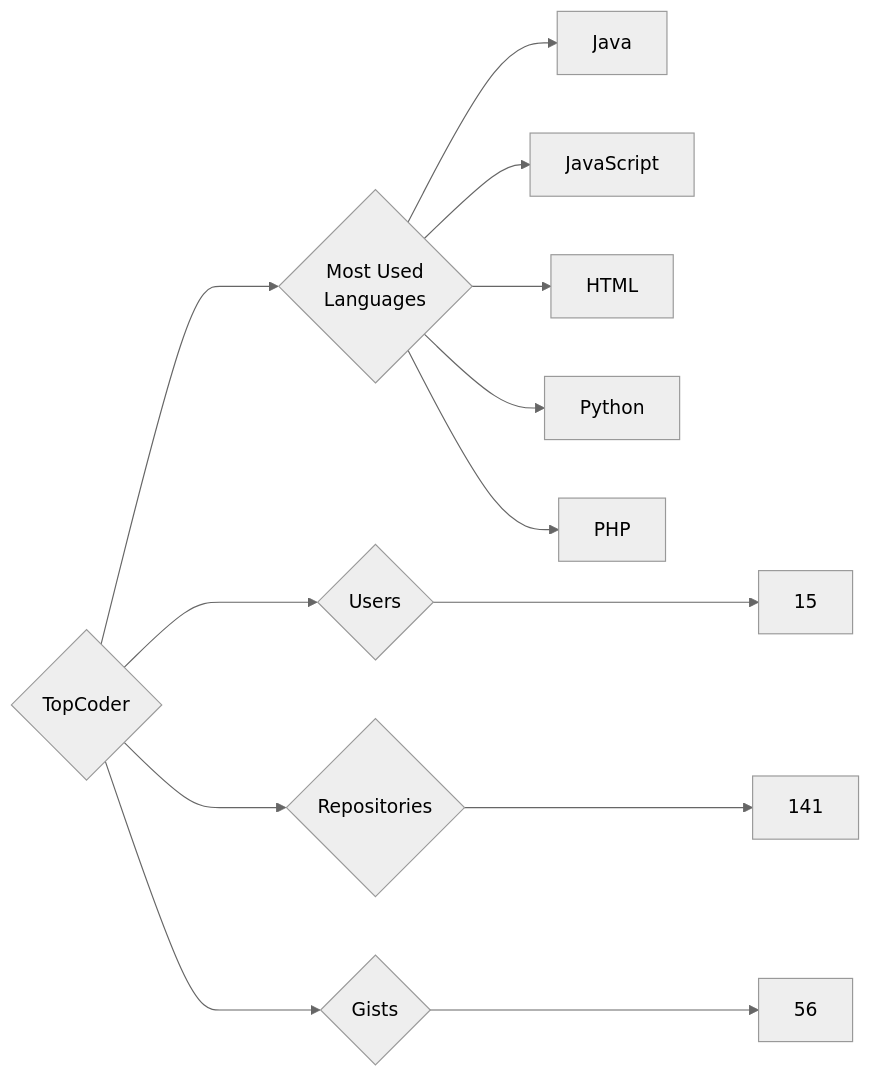
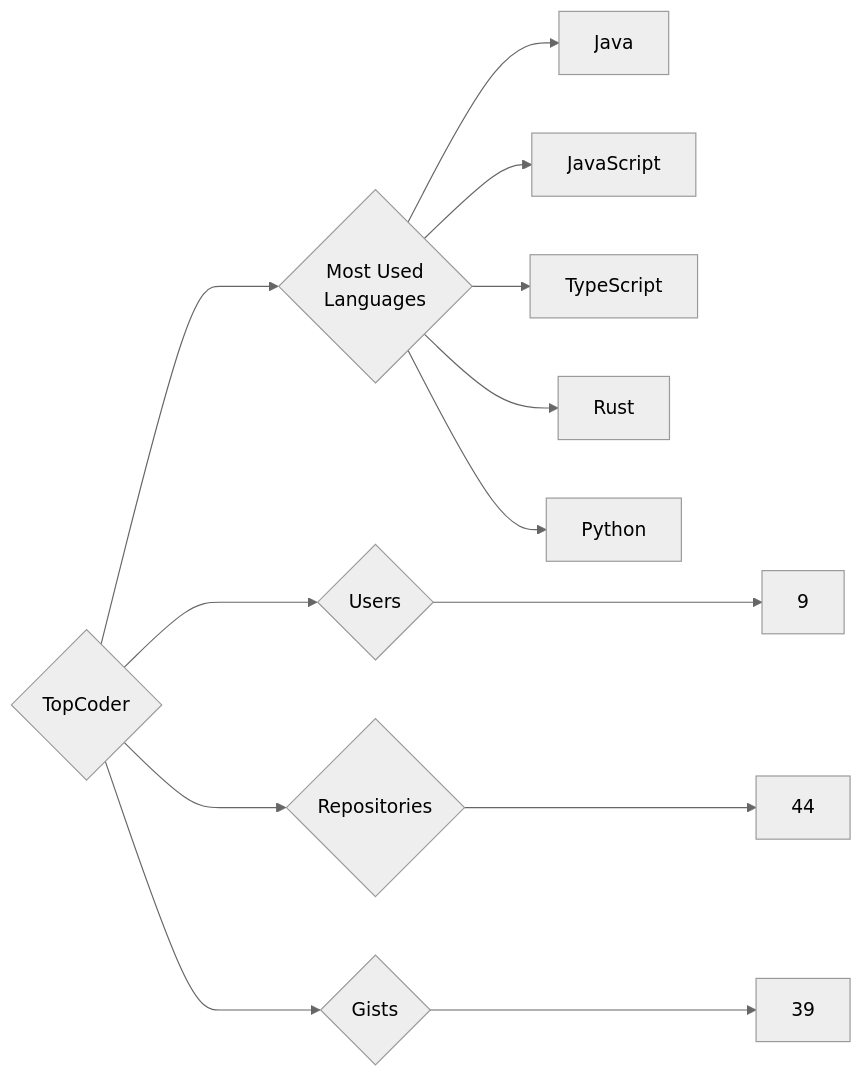
One commit to trickest/insiders changed the diagram in targets/TopCoder/README.md. Above: the diagram before and after it, drawn with Mermaid (neutral theme). The commit also changed 920 other files, not shown here.

````diff
--- a/targets/TopCoder/README.md
+++ b/targets/TopCoder/README.md
@@ -3,13 +3,13 @@
 ```mermaid
 graph LR
 COMPANY_NAME{TopCoder}
-COMPANY_NAME ---> U{Users} ---> UN[15]
-COMPANY_NAME ---> R{Repositories} ---> RN[141]
-COMPANY_NAME ---> G{Gists} ---> GN[56]
+COMPANY_NAME ---> U{Users} ---> UN[9]
+COMPANY_NAME ---> R{Repositories} ---> RN[44]
+COMPANY_NAME ---> G{Gists} ---> GN[39]
 COMPANY_NAME ---> ML{Most Used<br>Languages}
 ML --> Java[Java]
 ML --> JavaScript[JavaScript]
-ML --> HTML[HTML]
+ML --> TypeScript[TypeScript]
+ML --> Rust[Rust]
 ML --> Python[Python]
-ML --> PHP[PHP]
 ```
````
